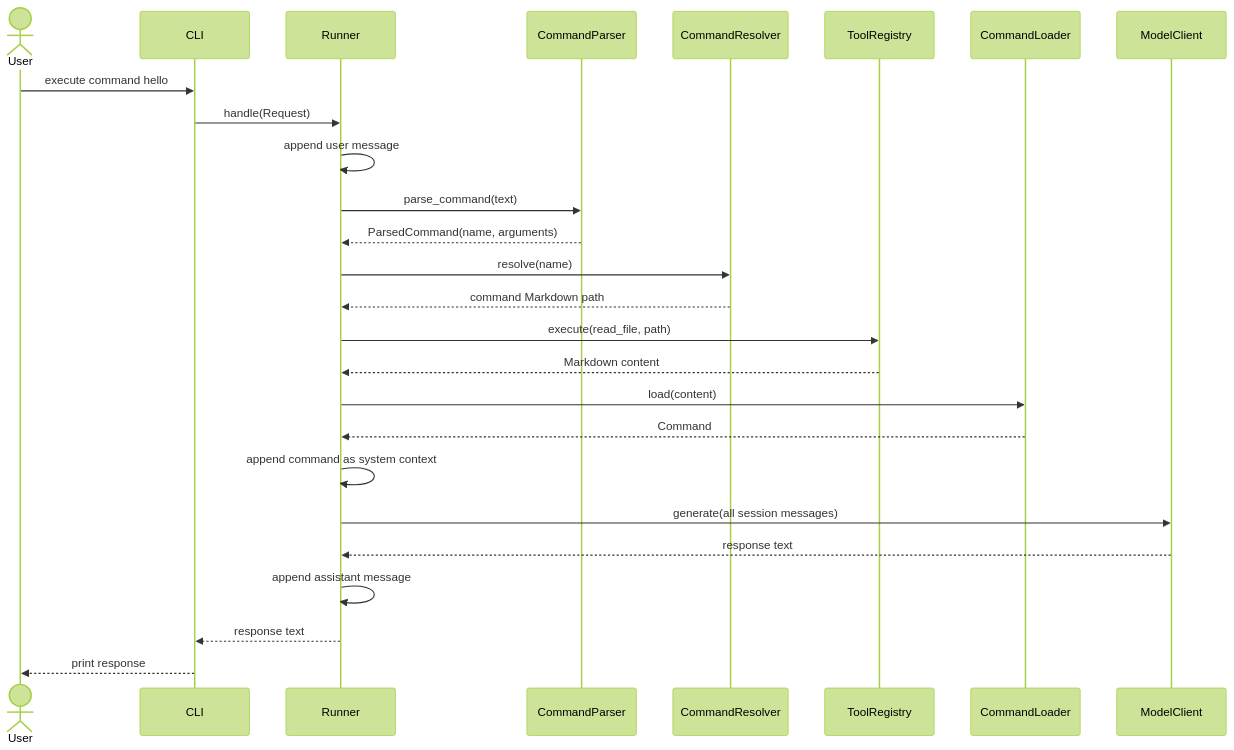
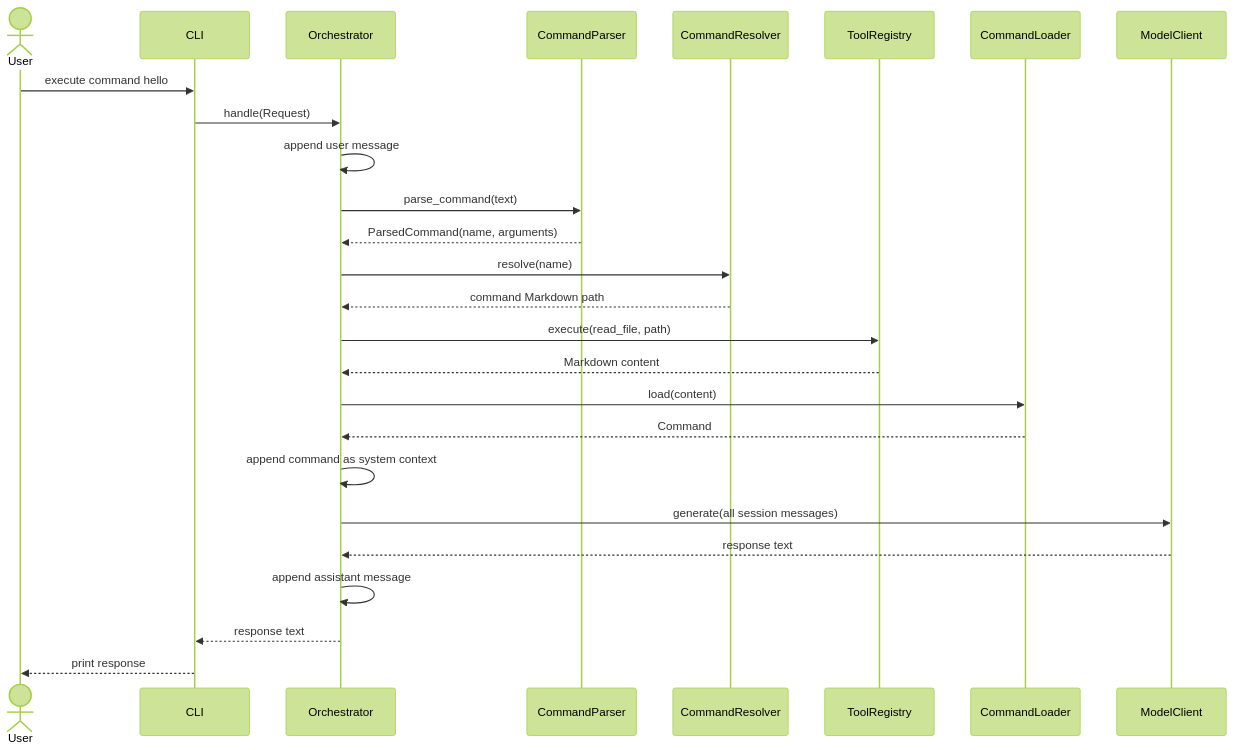
Before and after one commit to kalinVn/caisa_harnes_project: the second of 2 diagrams in doc/project_strucrure.md, drawn with Mermaid (forest theme). The commit also changed other lines of this file and 14 other files, not shown here.

````diff
--- a/doc/project_strucrure.md
+++ b/doc/project_strucrure.md
@@ -165,29 +165,29 @@
 ```mermaid
 sequenceDiagram
     actor User
     participant CLI
-    participant Runner
+    participant Orchestrator
     participant Parser as CommandParser
     participant Resolver as CommandResolver
     participant Registry as ToolRegistry
     participant Loader as CommandLoader
     participant Model as ModelClient
 
     User->>CLI: execute command hello
-    CLI->>Runner: handle(Request)
-    Runner->>Runner: append user message
-    Runner->>Parser: parse_command(text)
-    Parser-->>Runner: ParsedCommand(name, arguments)
-    Runner->>Resolver: resolve(name)
-    Resolver-->>Runner: command Markdown path
-    Runner->>Registry: execute(read_file, path)
-    Registry-->>Runner: Markdown content
-    Runner->>Loader: load(content)
-    Loader-->>Runner: Command
-    Runner->>Runner: append command as system context
-    Runner->>Model: generate(all session messages)
-    Model-->>Runner: response text
-    Runner->>Runner: append assistant message
-    Runner-->>CLI: response text
+    CLI->>Orchestrator: handle(Request)
+    Orchestrator->>Orchestrator: append user message
+    Orchestrator->>Parser: parse_command(text)
+    Parser-->>Orchestrator: ParsedCommand(name, arguments)
+    Orchestrator->>Resolver: resolve(name)
+    Resolver-->>Orchestrator: command Markdown path
+    Orchestrator->>Registry: execute(read_file, path)
+    Registry-->>Orchestrator: Markdown content
+    Orchestrator->>Loader: load(content)
+    Loader-->>Orchestrator: Command
+    Orchestrator->>Orchestrator: append command as system context
+    Orchestrator->>Model: generate(all session messages)
+    Model-->>Orchestrator: response text
+    Orchestrator->>Orchestrator: append assistant message
+    Orchestrator-->>CLI: response text
     CLI-->>User: print response
 ```
````
